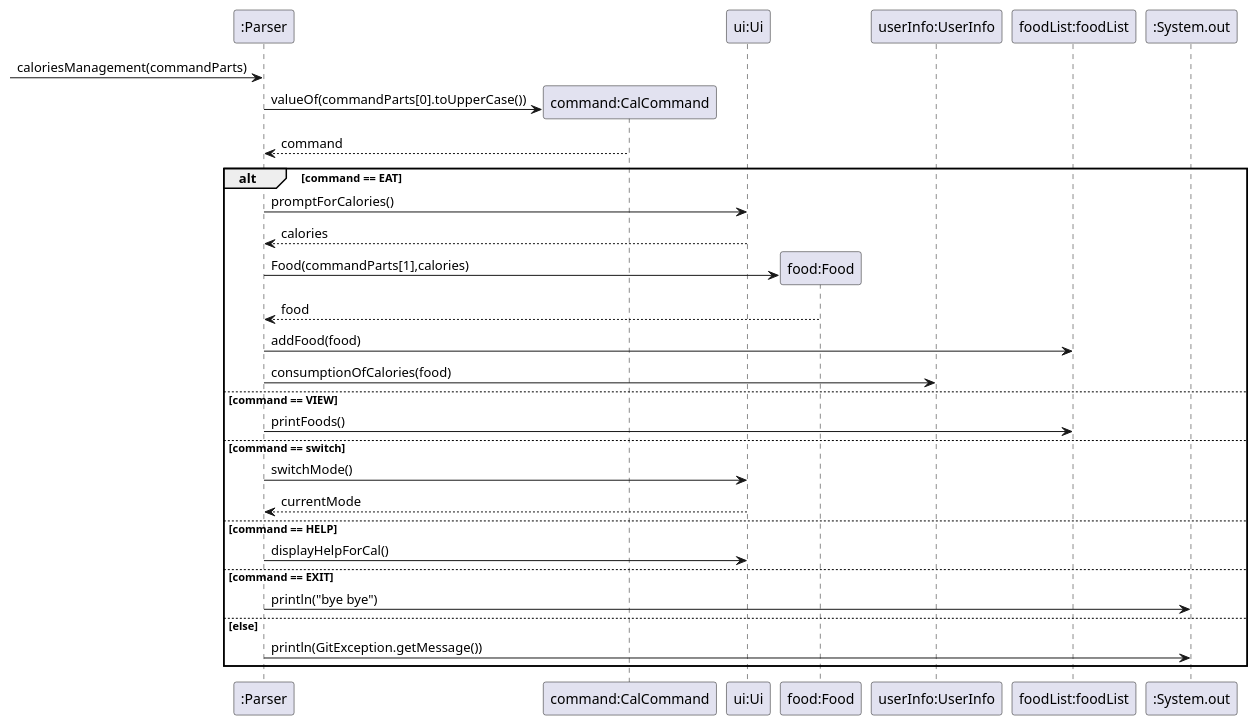
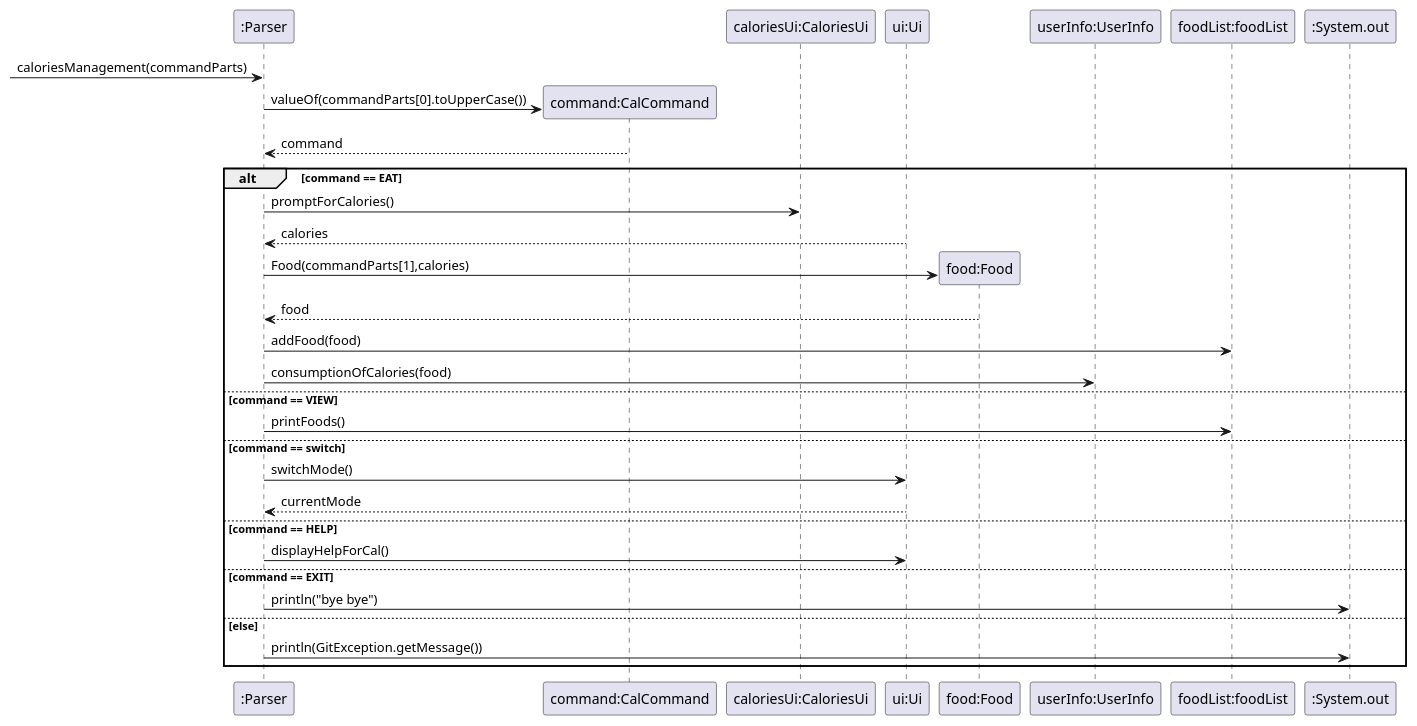
One commit to LuoYu-uwu/tp changed the diagram in docs/diagrams/caloriesManagement.puml. Above: the diagram before and after it, drawn with PlantUML. The commit also changed 10 other files, not shown here.

Commit message:
Add sequence diagrams

```diff
--- a/docs/diagrams/caloriesManagement.puml
+++ b/docs/diagrams/caloriesManagement.puml
@@ -1,39 +1,40 @@
 @startuml
 
 participant ":Parser" as p
 participant "command:CalCommand" as cal
+participant "caloriesUi:CaloriesUi" as cui
 participant "ui:Ui" as ui
 participant "food:Food" as f
 participant "userInfo:UserInfo" as info
 participant "foodList:foodList" as fl
 participant ":System.out" as sys
 
  -> p : caloriesManagement(commandParts)
 create cal
 p -> cal : valueOf(commandParts[0].toUpperCase())
 cal --> p : command
 
 alt command == EAT
-    p -> ui : promptForCalories()
+    p -> cui : promptForCalories()
     ui --> p : calories
     create f
     p -> f : Food(commandParts[1],calories)
     f --> p : food
     p -> fl : addFood(food)
     p -> info : consumptionOfCalories(food)
 else command == VIEW
     p -> fl: printFoods()
 else command == switch
     p -> ui : switchMode()
     ui --> p : currentMode
 else command == HELP
     p -> ui : displayHelpForCal()
 else command == EXIT
     p -> sys : println("bye bye")
 else else
     p -> sys : println(GitException.getMessage())
 end
 
 
 
 @enduml
```
